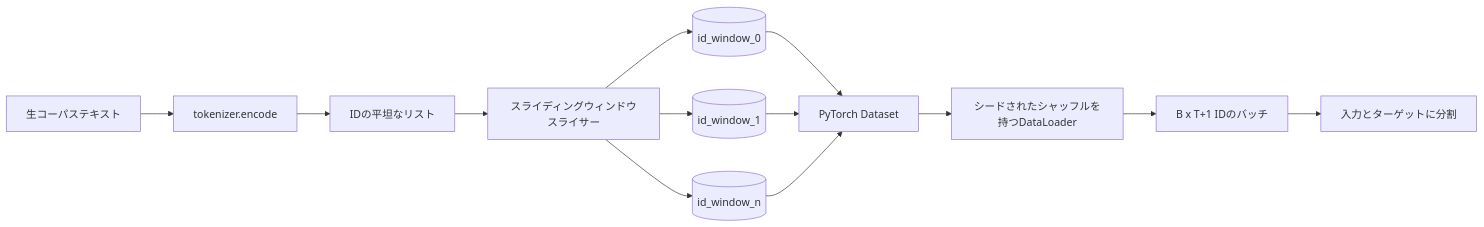
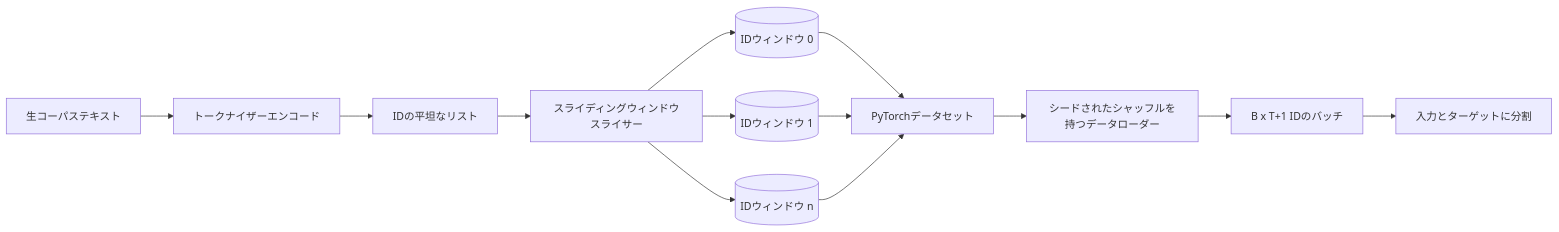
Before and after one commit to shoshoshomen/synapse-academy: the first of 2 diagrams in content/phases/19-capstone-projects/31-tokenized-dataset-sliding-window/lesson.ja.md, drawn with Mermaid. The commit also changed other lines of this file and 124 other files, not shown here.

First line of the commit message:
feat(i18n): mermaid図のラベルを日本語化(194レッスン/374図)

````diff
--- a/content/phases/19-capstone-projects/31-tokenized-dataset-sliding-window/lesson.ja.md
+++ b/content/phases/19-capstone-projects/31-tokenized-dataset-sliding-window/lesson.ja.md
@@ -23,15 +23,15 @@
 ```mermaid
 flowchart LR
-    A[生コーパステキスト] --> B[tokenizer.encode]
-    B --> C[IDの平坦なリスト]
-    C --> D[スライディングウィンドウスライサー]
-    D --> E[(id_window_0)]
-    D --> F[(id_window_1)]
-    D --> G[(id_window_n)]
-    E --> H[PyTorch Dataset]
+    A["生コーパステキスト"] --> B["トークナイザーエンコード"]
+    B --> C["IDの平坦なリスト"]
+    C --> D["スライディングウィンドウスライサー"]
+    D --> E[("IDウィンドウ 0")]
+    D --> F[("IDウィンドウ 1")]
+    D --> G[("IDウィンドウ n")]
+    E --> H["PyTorchデータセット"]
     F --> H
     G --> H
-    H --> I[シードされたシャッフルを持つDataLoader]
-    I --> J[B x T+1 IDのバッチ]
-    J --> K[入力とターゲットに分割]
+    H --> I["シードされたシャッフルを持つデータローダー"]
+    I --> J["B x T+1 IDのバッチ"]
+    J --> K["入力とターゲットに分割"]
 ```
````
